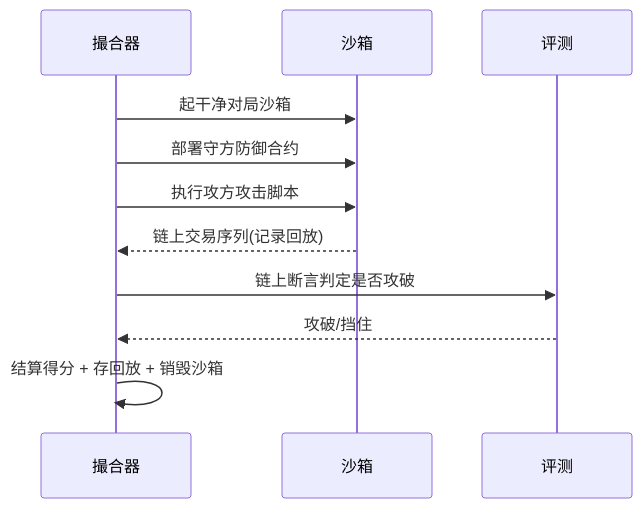
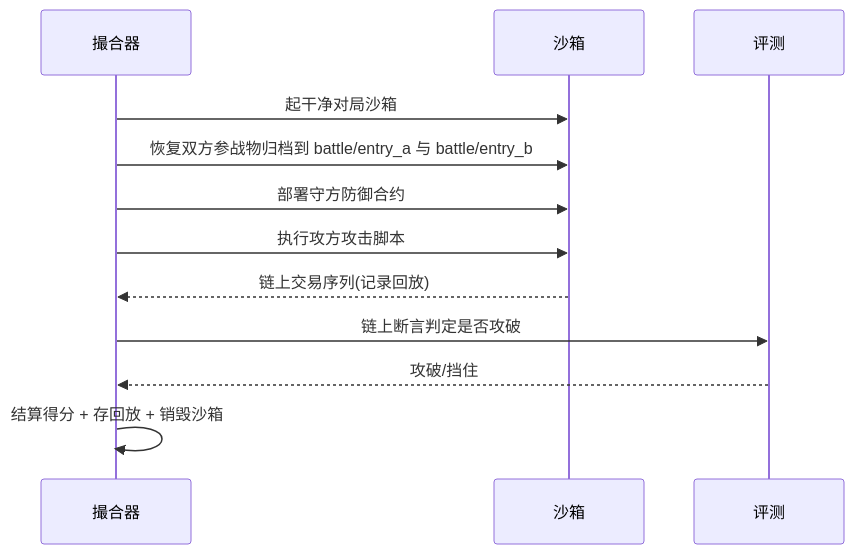
Before and after one commit to menghuishisan/CHAIMIR: the fifth of 8 diagrams in docs/08-竞赛/05-业务流程与状态机.md, drawn with Mermaid. The commit also changed other lines of this file and 75 other files, not shown here.

````diff
--- a/docs/08-竞赛/05-业务流程与状态机.md
+++ b/docs/08-竞赛/05-业务流程与状态机.md
@@ -87,13 +88,14 @@
 ```mermaid
 sequenceDiagram
     participant Sched as 撮合器
     participant M2 as 沙箱
     participant M3 as 评测
     Sched->>M2: 起干净对局沙箱
+    Sched->>M2: 恢复双方参战物归档到 battle/entry_a 与 battle/entry_b
     Sched->>M2: 部署守方防御合约
     Sched->>M2: 执行攻方攻击脚本
     M2-->>Sched: 链上交易序列(记录回放)
     Sched->>M3: 链上断言判定是否攻破
     M3-->>Sched: 攻破/挡住
     Sched->>Sched: 结算得分 + 存回放 + 销毁沙箱
 ```
````
